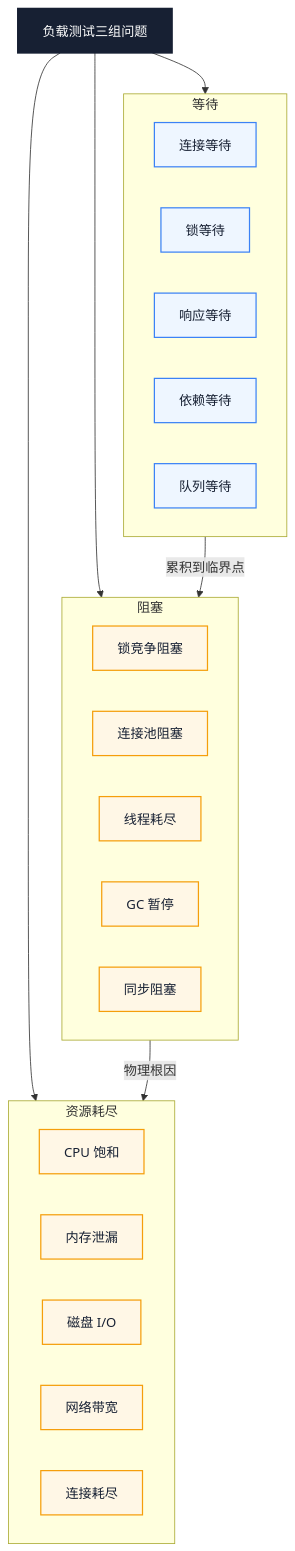
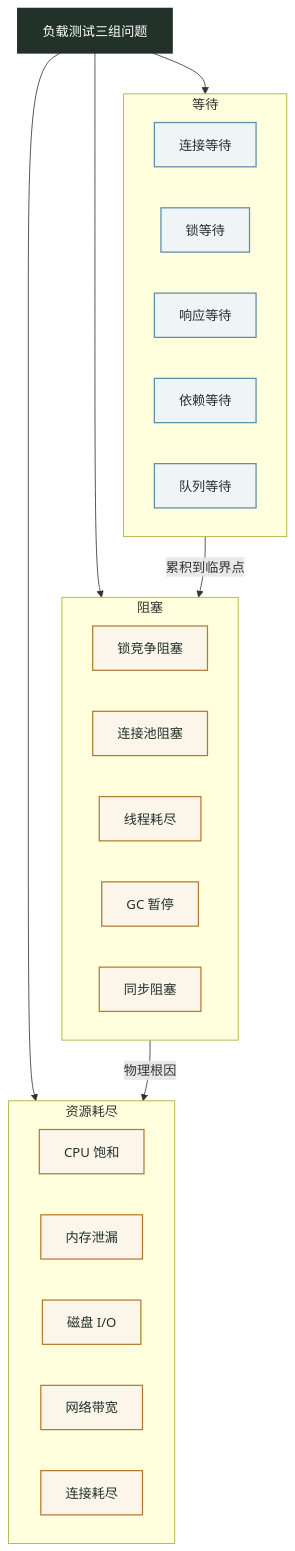
One commit to Fatejian/frontier-vault changed the second of 4 diagrams in docs/testing/load-testing-practice.md. Above: the diagram before and after it, drawn with Mermaid. The commit also changed other lines of this file and 63 other files, not shown here.

````diff
--- a/docs/testing/load-testing-practice.md
+++ b/docs/testing/load-testing-practice.md
@@ -152,43 +152,43 @@
 ```mermaid
 flowchart TB
     Core[负载测试三组问题]
 
     subgraph Wait[等待]
         W1[连接等待]
         W2[锁等待]
         W3[响应等待]
         W4[依赖等待]
         W5[队列等待]
     end
 
     subgraph Block[阻塞]
         B1[锁竞争阻塞]
         B2[连接池阻塞]
         B3[线程耗尽]
         B4[GC 暂停]
         B5[同步阻塞]
     end
 
     subgraph Exhaust[资源耗尽]
         E1[CPU 饱和]
         E2[内存泄漏]
         E3[磁盘 I/O]
         E4[网络带宽]
         E5[连接耗尽]
     end
 
     Core --> Wait
     Core --> Block
     Core --> Exhaust
 
     Wait -->|累积到临界点| Block
     Block -->|物理根因| Exhaust
 
-    classDef core fill:#172033,color:#fff,stroke:#172033,stroke-width:2px;
-    classDef wait fill:#EEF6FF,stroke:#3B82F6,color:#172033,stroke-width:1.5px;
-    classDef block fill:#FFF7E6,stroke:#F59E0B,color:#172033,stroke-width:1.5px;
+    classDef core fill:#22322B,color:#fff,stroke:#22322B,stroke-width:2px;
+    classDef wait fill:#EFF5F7,stroke:#5B8CA8,color:#22322B,stroke-width:1.5px;
+    classDef block fill:#FBF5EA,stroke:#B27B2C,color:#22322B,stroke-width:1.5px;
 
     class Core core;
     class W1,W2,W3,W4,W5 wait;
     class B1,B2,B3,B4,B5,E1,E2,E3,E4,E5 block;
 ```
````
